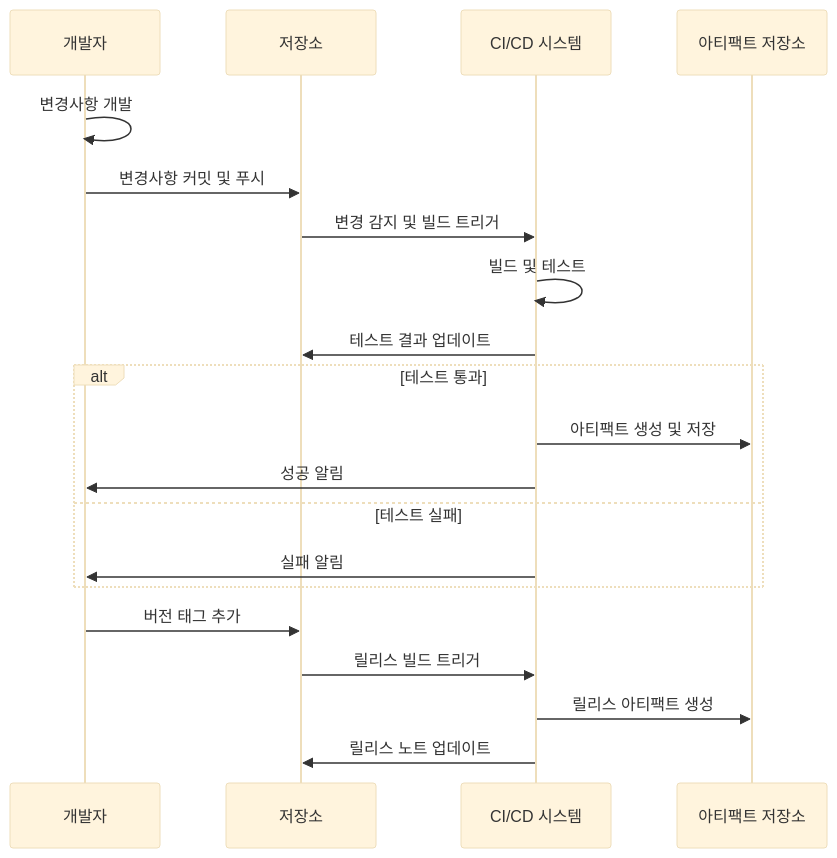
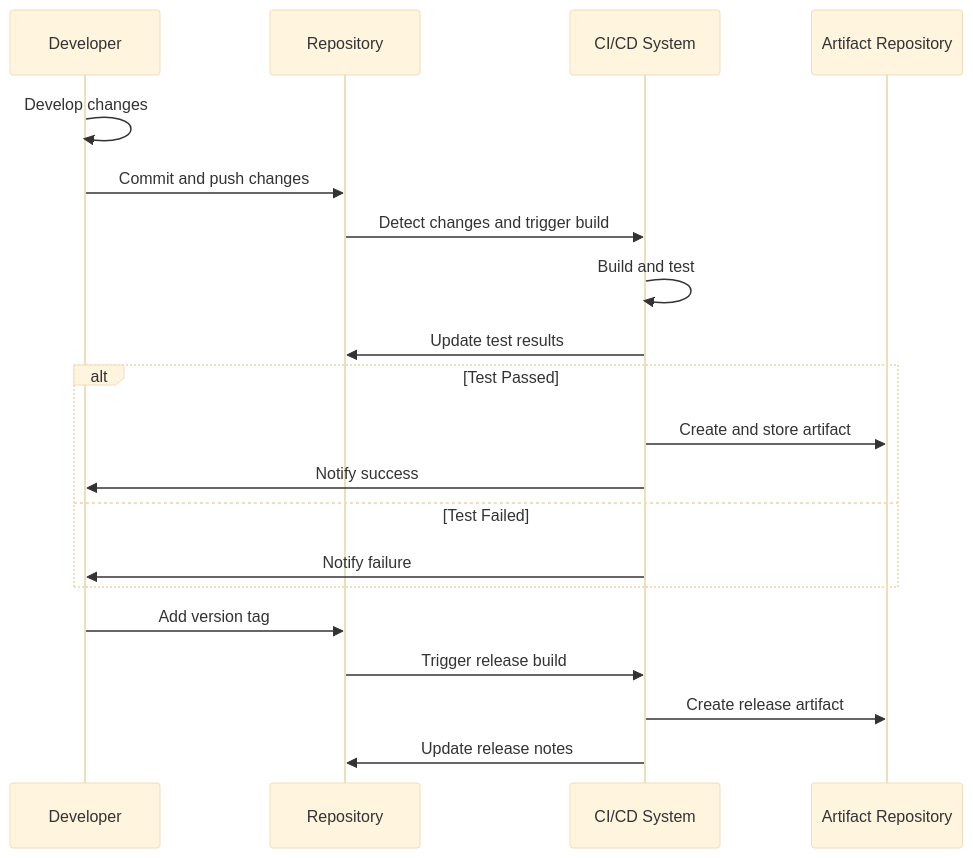
The third of 4 diagrams in 7.prompt-driven-development-methodology-finalization.md (bbalganjjm/prompt-driven-development), drawn with Mermaid (base theme) before and after one commit. The commit also changed other lines of this file and 3 other files, not shown here.

````diff
--- a/7.prompt-driven-development-methodology-finalization.md
+++ b/7.prompt-driven-development-methodology-finalization.md
@@ -189,24 +178,24 @@
 ```mermaid
 sequenceDiagram
-    participant D as 개발자
-    participant R as 저장소
-    participant CI as CI/CD 시스템
-    participant AR as 아티팩트 저장소
+    participant D as Developer
+    participant R as Repository
+    participant CI as CI/CD System
+    participant AR as Artifact Repository
     
-    D->>D: 변경사항 개발
-    D->>R: 변경사항 커밋 및 푸시
-    R->>CI: 변경 감지 및 빌드 트리거
-    CI->>CI: 빌드 및 테스트
-    CI->>R: 테스트 결과 업데이트
-    alt 테스트 통과
-        CI->>AR: 아티팩트 생성 및 저장
-        CI->>D: 성공 알림
-    else 테스트 실패
-        CI->>D: 실패 알림
+    D->>D: Develop changes
+    D->>R: Commit and push changes
+    R->>CI: Detect changes and trigger build
+    CI->>CI: Build and test
+    CI->>R: Update test results
+    alt Test Passed
+        CI->>AR: Create and store artifact
+        CI->>D: Notify success
+    else Test Failed
+        CI->>D: Notify failure
     end
     
-    D->>R: 버전 태그 추가
-    R->>CI: 릴리스 빌드 트리거
-    CI->>AR: 릴리스 아티팩트 생성
-    CI->>R: 릴리스 노트 업데이트
+    D->>R: Add version tag
+    R->>CI: Trigger release build
+    CI->>AR: Create release artifact
+    CI->>R: Update release notes
 ```
````
